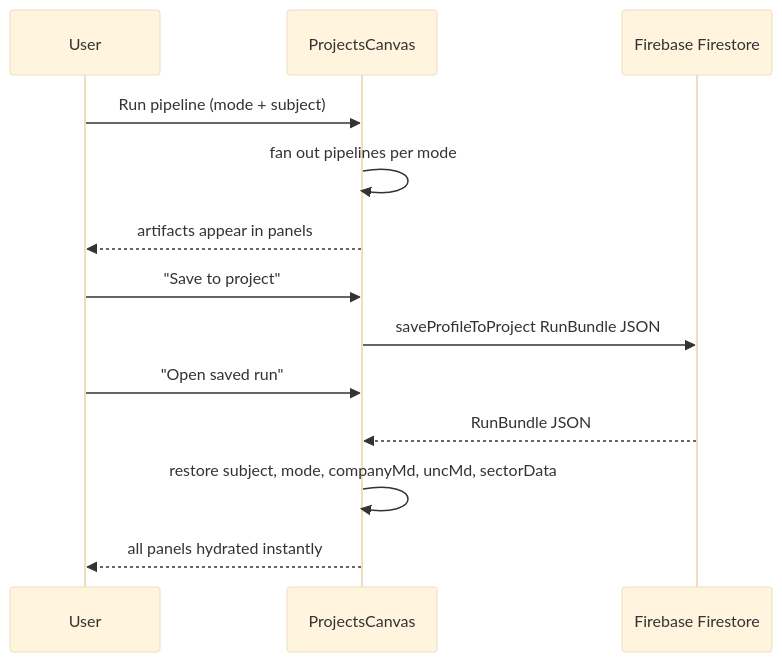
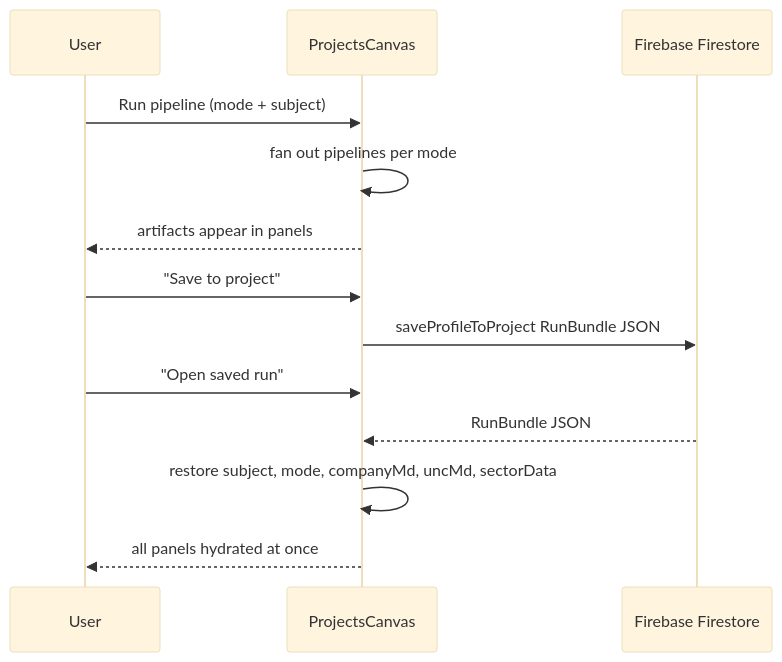
One commit to AidanColvin/map-elt-research-graph-3 changed the tenth of 12 diagrams in README.md. Above: the diagram before and after it, drawn with Mermaid (base theme). The commit also changed other lines of this file, not shown here.

````diff
--- a/README.md
+++ b/README.md
@@ -406,16 +396,16 @@
 ```mermaid
 sequenceDiagram
     participant User
     participant Canvas as ProjectsCanvas
     participant FB as Firebase Firestore
 
     User->>Canvas: Run pipeline (mode + subject)
     Canvas->>Canvas: fan out pipelines per mode
     Canvas-->>User: artifacts appear in panels
     User->>Canvas: "Save to project"
     Canvas->>FB: saveProfileToProject  RunBundle JSON
     User->>Canvas: "Open saved run"
     FB-->>Canvas: RunBundle JSON
     Canvas->>Canvas: restore subject, mode, companyMd, uncMd, sectorData
-    Canvas-->>User: all panels hydrated instantly
+    Canvas-->>User: all panels hydrated at once
 ```
````
